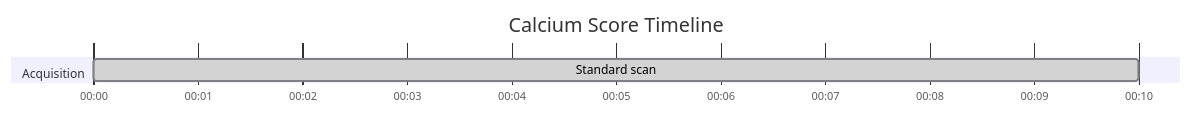
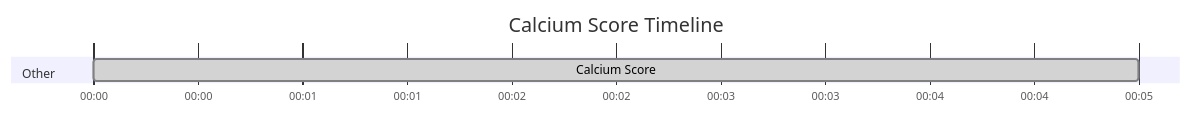
One commit to dfergs93/radiology-protocols changed the diagram in docs/ct/cardiac/calcium-score.md. Above: the diagram before and after it, drawn with Mermaid. The commit also changed other lines of this file and 101 other files, not shown here.

````diff
--- a/docs/ct/cardiac/calcium-score.md
+++ b/docs/ct/cardiac/calcium-score.md
@@ -75,13 +74,15 @@
   ```mermaid
   ---
+  displayMode: compact
   config:
     theme: default
+    themeCSS: " #Saline{ fill: #4ed5ff; stroke: #2094f3; } "
   ---
     gantt
       title Calcium Score Timeline
       dateFormat mm:ss
       axisFormat %M:%S 
       
-      section Acquisition
-      Standard scan    :done, scan1, 00:00, 10s
+      section Other
+      Calcium Score    :done, scan1, 00:00, 5s
   ```
````
